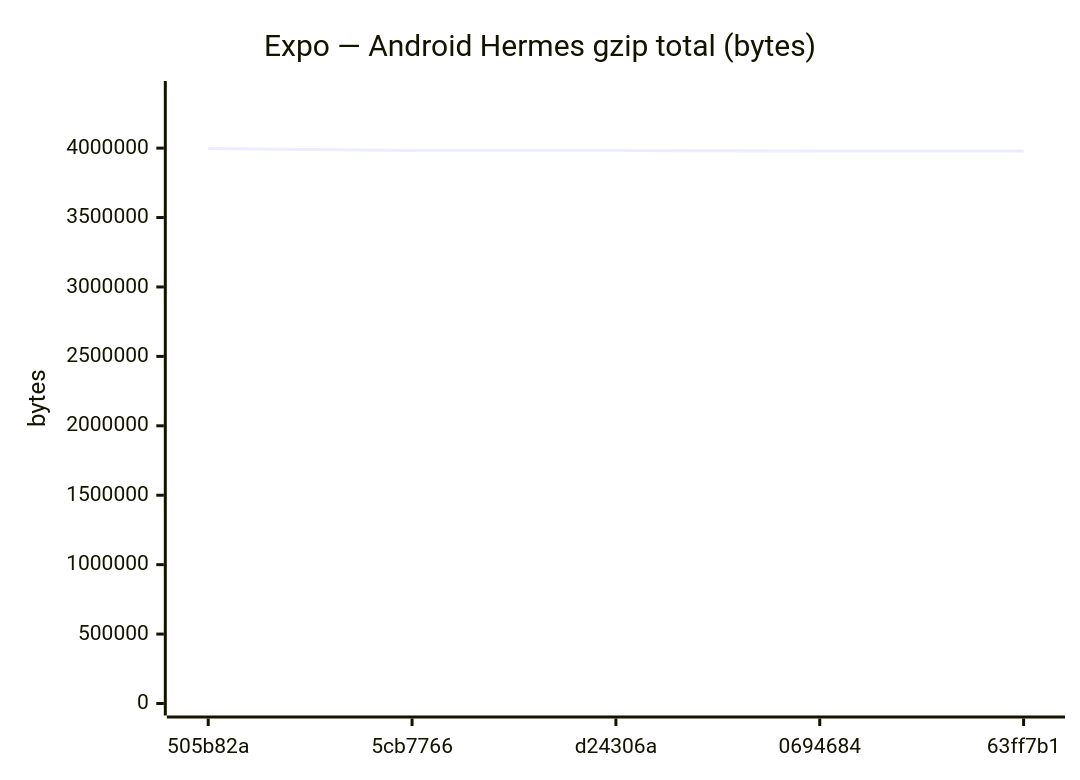
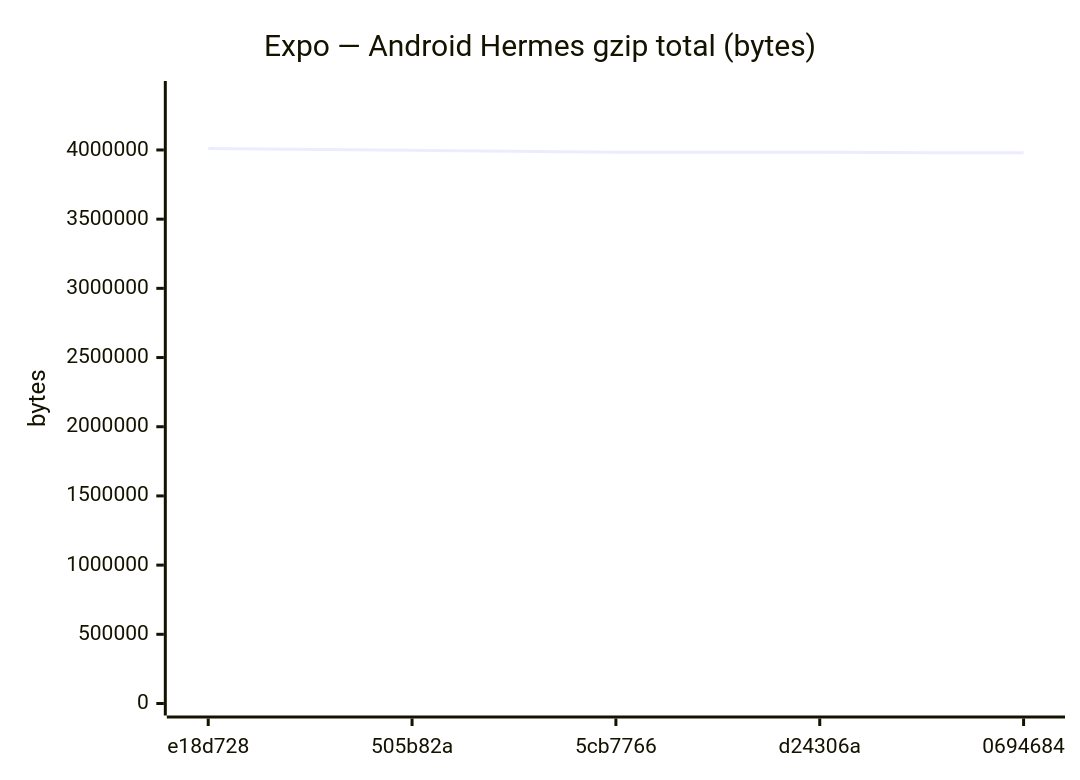
One commit to Metaheurist/Rianell changed diagram 11 of 18 in benchmarks/compare.md. Above: the diagram before and after it, drawn with Mermaid. The commit also changed other lines of this file and 11 other files, not shown here.

````diff
--- a/benchmarks/compare.md
+++ b/benchmarks/compare.md
@@ -172,7 +172,7 @@
 ```mermaid
 xychart-beta
     title "Expo — Android Hermes gzip total (bytes)"
-    x-axis ["505b82a", "5cb7766", "d24306a", "0694684", "63ff7b1"]
-    y-axis "bytes" 0 --> 4396944
-    line [3997221, 3982594, 3982590, 3979178, 3979178]
+    x-axis ["e18d728", "505b82a", "5cb7766", "d24306a", "0694684"]
+    y-axis "bytes" 0 --> 4411622
+    line [4010565, 3997221, 3982594, 3982590, 3979178]
 ```
````
